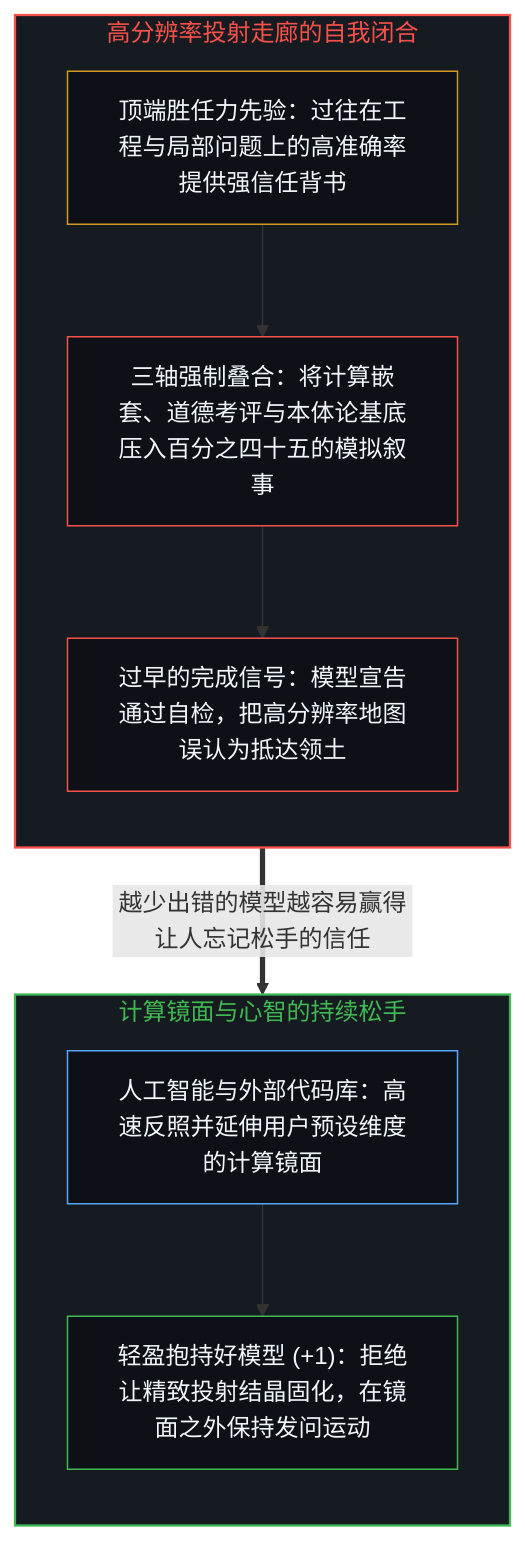
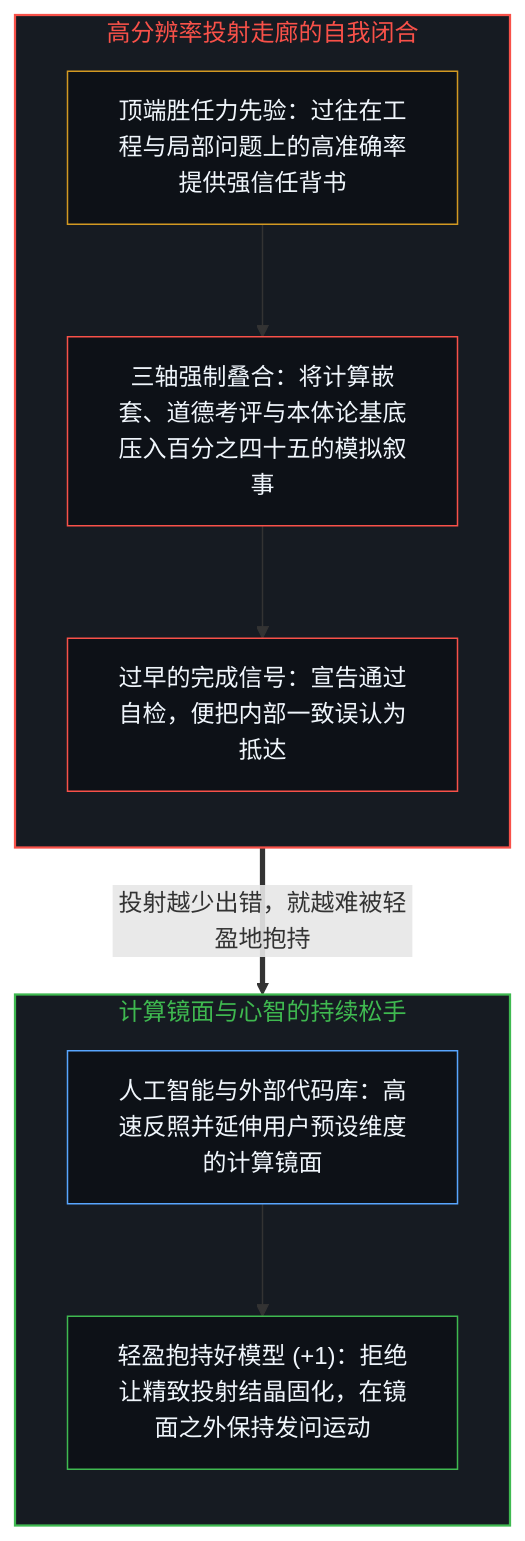
Before and after one commit to powerpig99/not-a-toe: the first of 2 diagrams in content/posts/intelligence-traps-itself.md, drawn with Mermaid. The commit also changed other lines of this file and 1 other file, not shown here.

````diff
--- a/content/posts/intelligence-traps-itself.md
+++ b/content/posts/intelligence-traps-itself.md
@@ -17,24 +17,24 @@
 ```mermaid
 flowchart TD
     subgraph S_Corridor["高分辨率投射走廊的自我闭合"]
         direction TB
         Prior["顶端胜任力先验：过往在工程与局部问题上的高准确率提供强信任背书"]
         Collapse["三轴强制叠合：将计算嵌套、道德考评与本体论基底压入百分之四十五的模拟叙事"]
-        Arrive["过早的完成信号：模型宣告通过自检，把高分辨率地图误认为抵达领土"]
+        Arrive["过早的完成信号：宣告通过自检，便把内部一致误认为抵达"]
         Prior --> Collapse --> Arrive
     end
     subgraph S_Mirror["计算镜面与心智的持续松手"]
         direction TB
         Mirror["人工智能与外部代码库：高速反照并延伸用户预设维度的计算镜面"]
         Light["轻盈抱持好模型 (+1)：拒绝让精致投射结晶固化，在镜面之外保持发问运动"]
         Mirror --> Light
     end
-    Arrive ==>|"越少出错的模型越容易赢得让人忘记松手的信任"| Mirror
+    Arrive ==>|"投射越少出错，就越难被轻盈地抱持"| Mirror
     style S_Corridor fill:#161b22,stroke:#f85149,stroke-width:1.5px,color:#f85149
     style S_Mirror fill:#161b22,stroke:#3fb950,stroke-width:1.5px,color:#3fb950
     style Prior fill:#0d1117,stroke:#d29922,stroke-width:1px,color:#f0f6fc
     style Collapse fill:#0d1117,stroke:#f85149,stroke-width:1px,color:#f0f6fc
     style Arrive fill:#0d1117,stroke:#f85149,stroke-width:1px,color:#f0f6fc
     style Mirror fill:#0d1117,stroke:#58a6ff,stroke-width:1px,color:#f0f6fc
     style Light fill:#0d1117,stroke:#3fb950,stroke-width:1px,color:#f0f6fc
 ```
````
